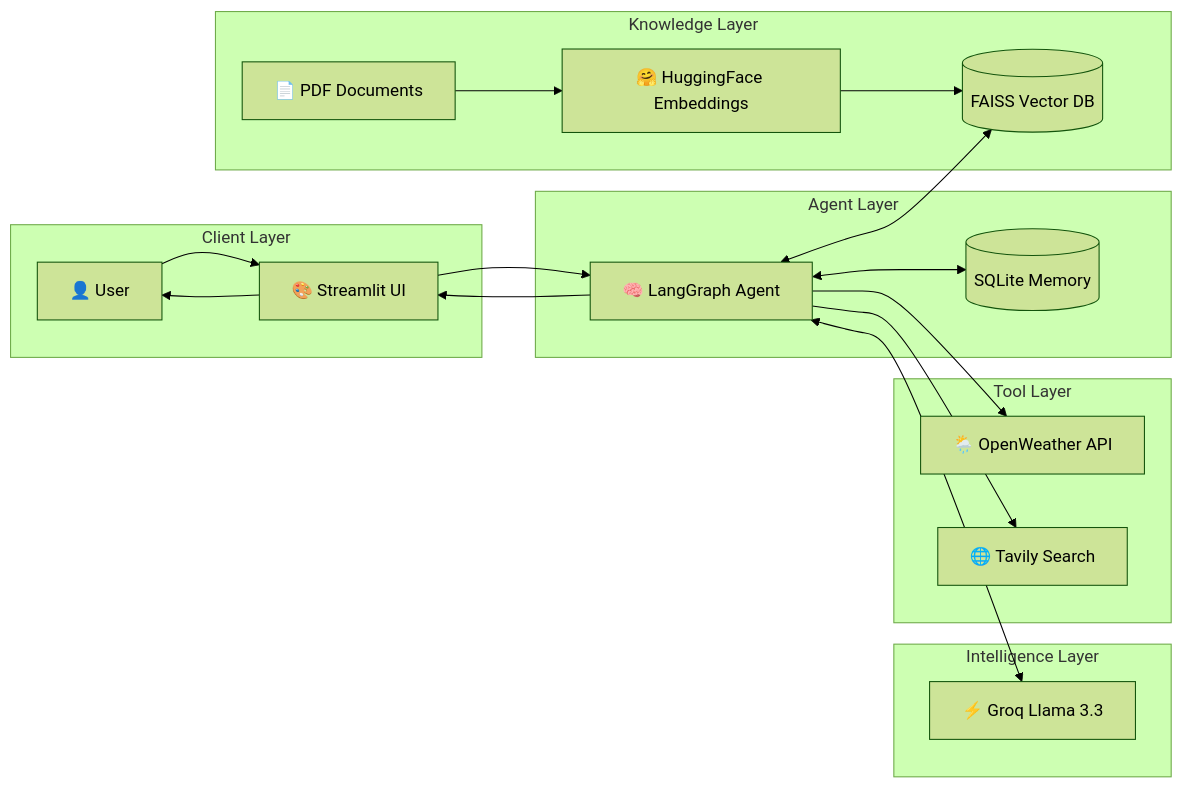
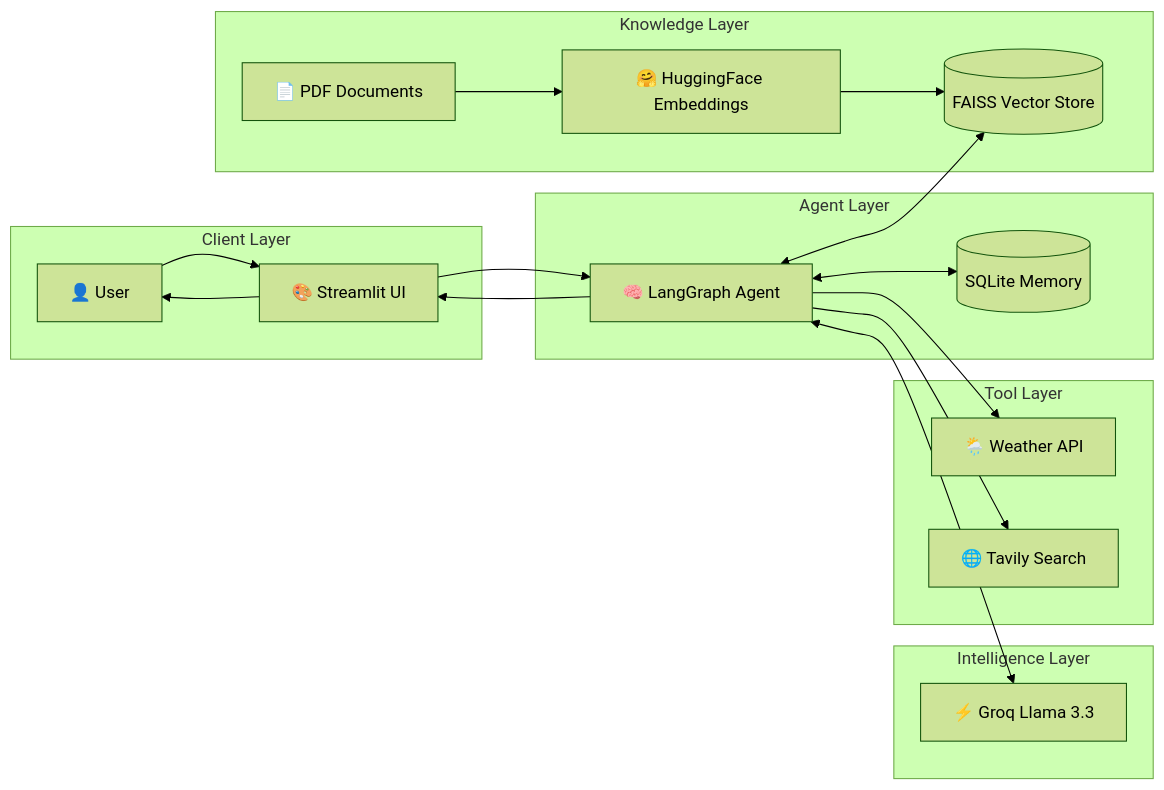
The diagram in README.md (codesnippet12/Voice-Powered-Agentic-Assistant-with-RAG-Tool-Calling), drawn with Mermaid (forest theme) before and after one commit. The commit also changed other lines of this file, not shown here.

````diff
--- a/README.md
+++ b/README.md
@@ -171,46 +131,46 @@
 ```mermaid
 flowchart LR
 
     subgraph Client Layer
         U[👤 User]
         S[🎨 Streamlit UI]
     end
 
     subgraph Agent Layer
         A[🧠 LangGraph Agent]
         M[(SQLite Memory)]
     end
 
     subgraph Intelligence Layer
         G[⚡ Groq Llama 3.3]
     end
 
     subgraph Tool Layer
-        W[🌦️ OpenWeather API]
+        W[🌦️ Weather API]
         T[🌐 Tavily Search]
     end
 
     subgraph Knowledge Layer
         P[📄 PDF Documents]
         H[🤗 HuggingFace Embeddings]
-        F[(FAISS Vector DB)]
+        F[(FAISS Vector Store)]
     end
 
     U --> S
     S --> A
 
     A <--> G
 
     A --> W
     A --> T
 
     P --> H
     H --> F
 
     A <--> F
 
     A <--> M
 
     A --> S
     S --> U
 ```
````
